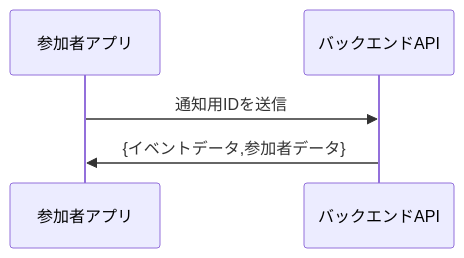
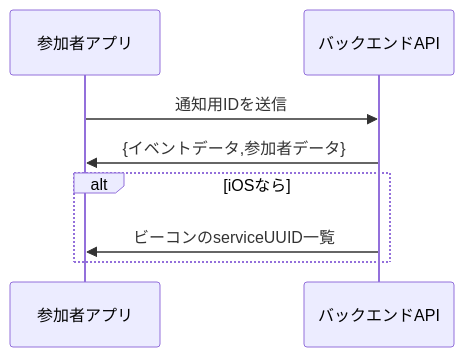
The second of 10 diagrams in docs/sequence/mobile.md (after-school-garbage-squad/repaint-architecture), drawn with Mermaid before and after one commit.

````diff
--- a/docs/sequence/mobile.md
+++ b/docs/sequence/mobile.md
@@ -19,8 +19,11 @@
 ```mermaid
 sequenceDiagram
     participant app as 参加者アプリ
     participant back as バックエンドAPI
     app ->> back: 通知用IDを送信
     back ->> app: {イベントデータ,参加者データ}
+    alt iOSなら
+        back ->> app: ビーコンのserviceUUID一覧
+    end
     
 ```
````
